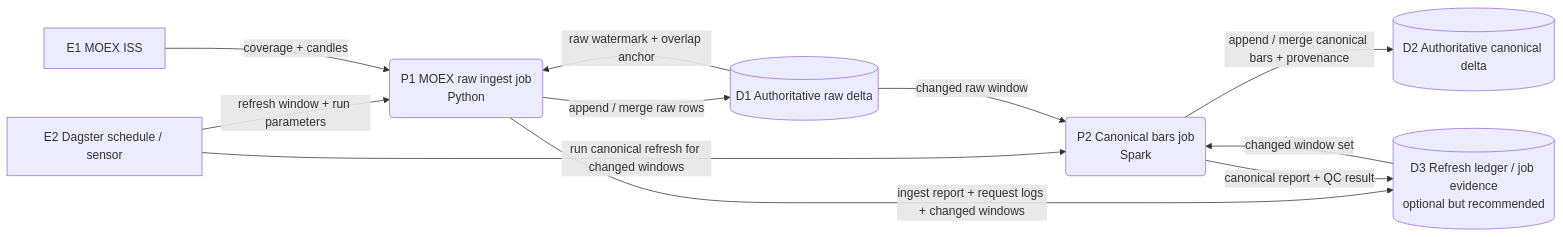
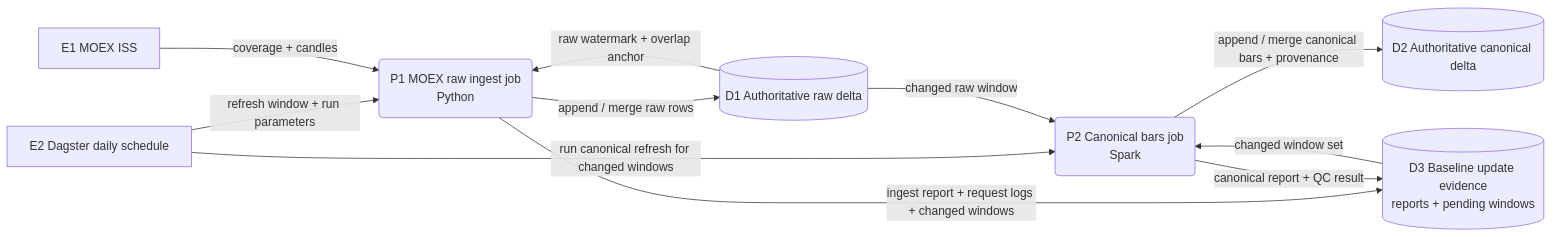
The first of 2 diagrams in docs/architecture/product-plane/moex-historical-route-architecture.md (deusexrenovatio-arch/trading-advisor-3000), drawn with Mermaid before and after one commit. The commit also changed other lines of this file and 16 other files, not shown here.

Commit message:
feat(moex-route): add daily baseline updater

````diff
--- a/docs/architecture/product-plane/moex-historical-route-architecture.md
+++ b/docs/architecture/product-plane/moex-historical-route-architecture.md
@@ -40,24 +38,24 @@
 ```mermaid
 flowchart LR
     E1["E1 MOEX ISS"]
-    E2["E2 Dagster schedule / sensor"]
+    E2["E2 Dagster daily schedule"]
 
     P1("P1 MOEX raw ingest job<br/>Python")
     P2("P2 Canonical bars job<br/>Spark")
 
     D1[("D1 Authoritative raw delta")]
     D2[("D2 Authoritative canonical delta")]
-    D3[("D3 Refresh ledger / job evidence<br/>optional but recommended")]
+    D3[("D3 Baseline update evidence<br/>reports + pending windows")]
 
     E2 -->|"refresh window + run parameters"| P1
     E1 -->|"coverage + candles"| P1
     D1 -->|"raw watermark + overlap anchor"| P1
     P1 -->|"append / merge raw rows"| D1
     P1 -->|"ingest report + request logs + changed windows"| D3
 
     E2 -->|"run canonical refresh for changed windows"| P2
     D1 -->|"changed raw window"| P2
     D3 -->|"changed window set"| P2
     P2 -->|"append / merge canonical bars + provenance"| D2
     P2 -->|"canonical report + QC result"| D3
 ```
````
